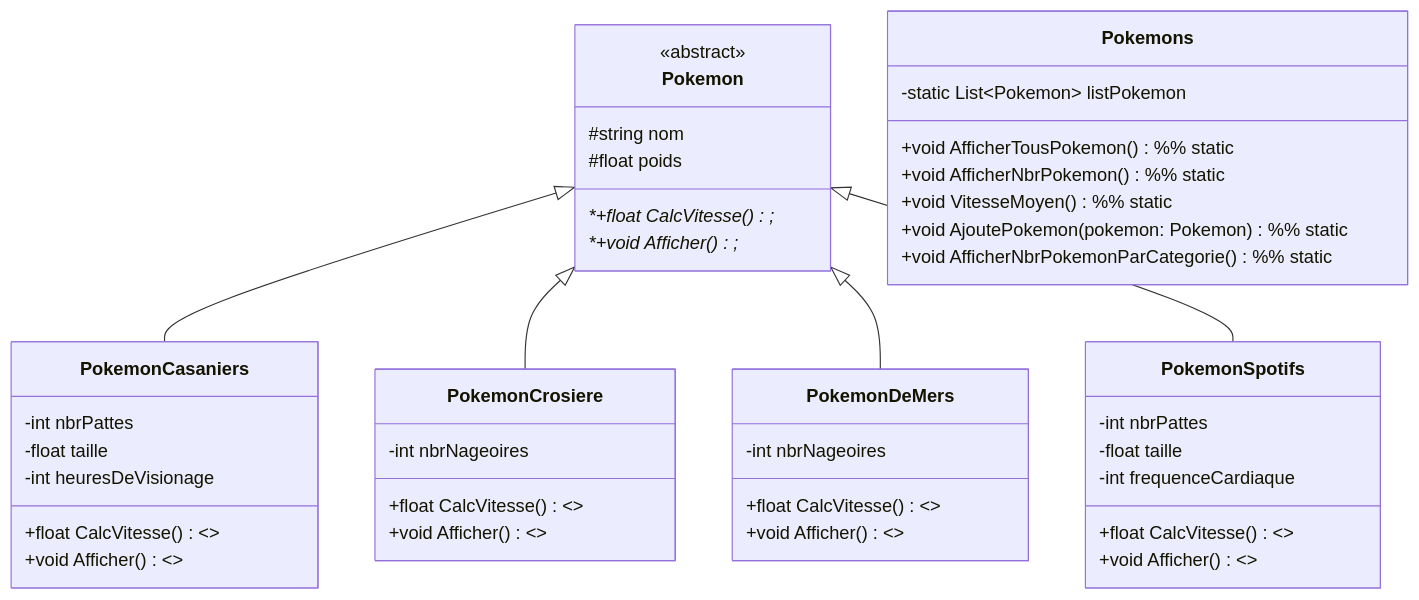
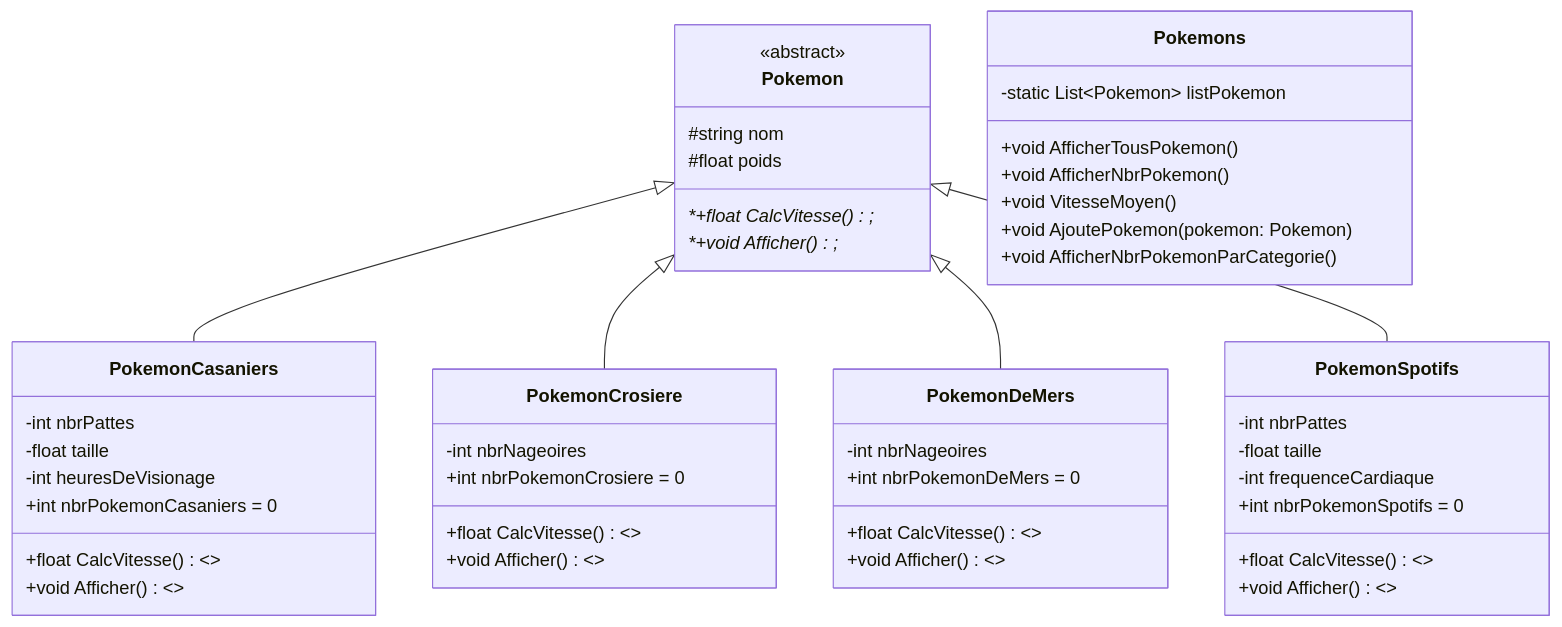
The diagram in uml-ex02.md (Lil-Code30/OOP_TP2), drawn with Mermaid before and after one commit.

Commit message:
Update UML diagram for Pokemon classes
Removed static modifiers from Pokemons class methods and added instance counters to PokemonCasaniers, PokemonCrosiere, PokemonDeMers, and PokemonSpotifs classes. These changes clarify class structure and attribute responsibilities in the UML diagram.

````diff
--- a/uml-ex02.md
+++ b/uml-ex02.md
@@ -3,60 +3,64 @@
 ```mermaid
 	classDiagram
 		class Pokemon{
 			<<abstract>>
 			#string nom
 			#float poids
 			
 
 			*+float CalcVitesse()*;
 			*+void Afficher()*;
 		}
 
 		class Pokemons{
 			-static List~Pokemon~ listPokemon
 
-			+void AfficherTousPokemon() %% static
-			+void AfficherNbrPokemon() %% static
-			+void VitesseMoyen() %% static
-			+void AjoutePokemon(pokemon: Pokemon) %% static
-			+void AfficherNbrPokemonParCategorie() %% static
+			+void AfficherTousPokemon() 
+			+void AfficherNbrPokemon() 
+			+void VitesseMoyen() 
+			+void AjoutePokemon(pokemon: Pokemon) 
+			+void AfficherNbrPokemonParCategorie() 
 		}
 		
 		class PokemonCasaniers{
 			-int nbrPattes
 			-float taille
 			-int heuresDeVisionage
+			+int nbrPokemonCasaniers = 0
 
 			+float CalcVitesse() <<override>>
 			+void Afficher() <<override>>
 		}
 
 		class PokemonCrosiere{
 			-int nbrNageoires
+			+int nbrPokemonCrosiere = 0
 
 			+float CalcVitesse() <<override>>
 			+void Afficher() <<override>>
 		}
 
 		class PokemonDeMers{
 			-int nbrNageoires
+			+int nbrPokemonDeMers = 0
 
 			+float CalcVitesse() <<override>>
 			+void Afficher() <<override>>
 		}
 
 		class PokemonSpotifs{
 			-int nbrPattes
 			-float taille
 			-int frequenceCardiaque
+			+int nbrPokemonSpotifs = 0 
 
 			+float CalcVitesse() <<override>>
 			+void Afficher() <<override>>
 		}
 
 
 		Pokemon <|-- PokemonCasaniers
 		Pokemon <|-- PokemonCrosiere
 		Pokemon <|-- PokemonDeMers
 		Pokemon <|-- PokemonSpotifs
 ```
````
